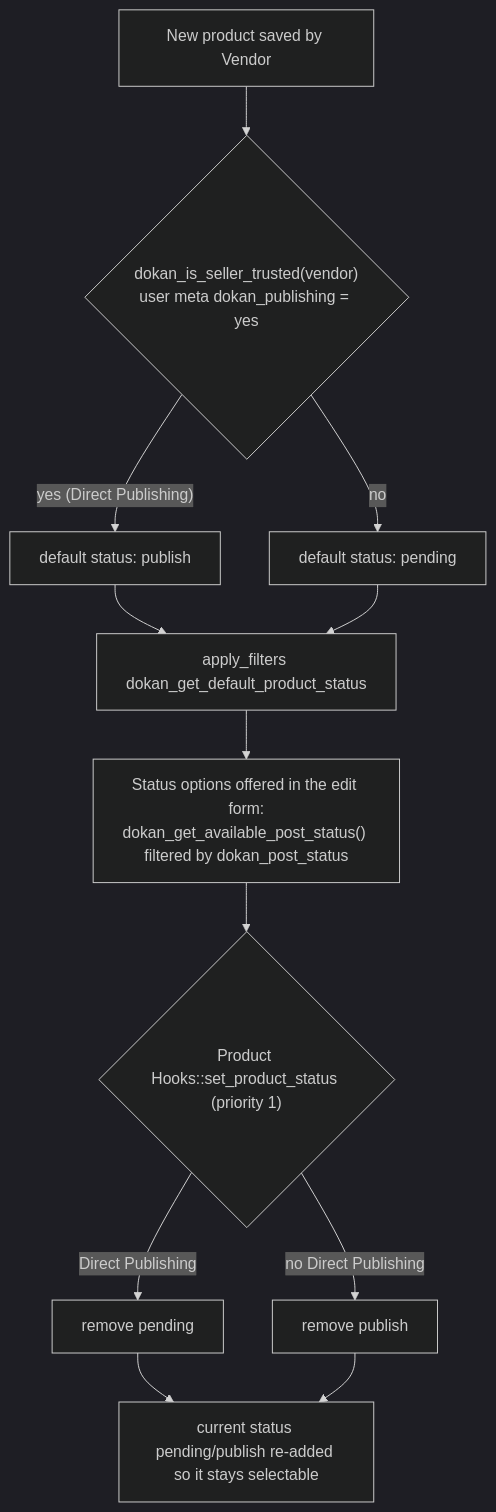
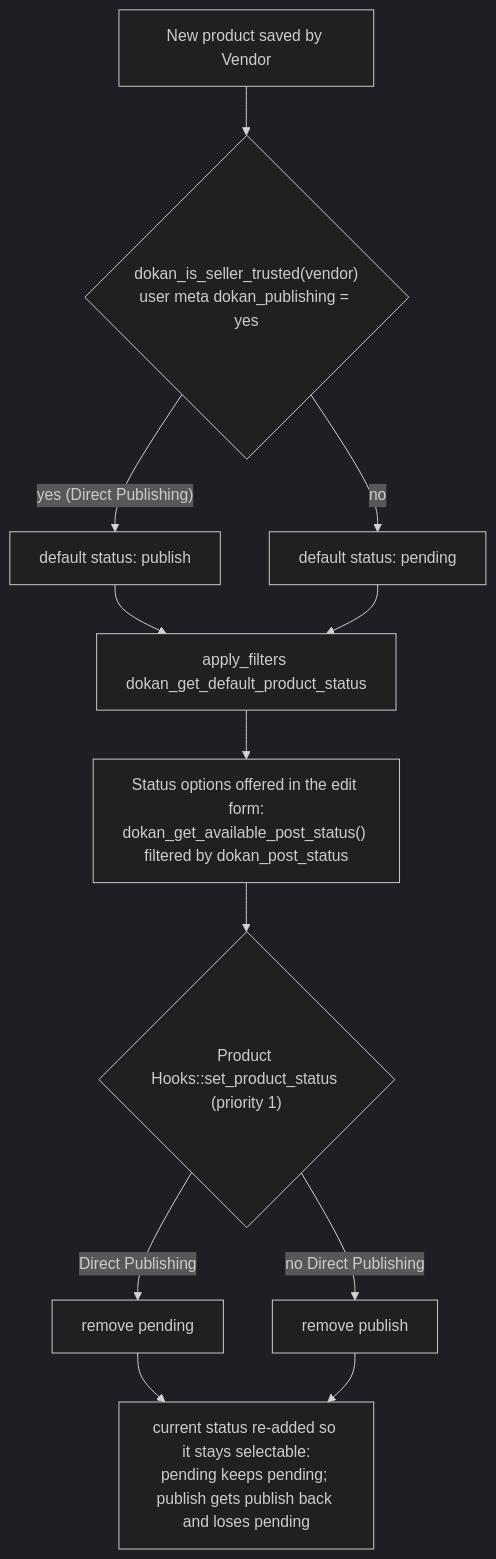
The third of 3 diagrams in docs/adr/reference/products.md (getdokan/dokan), drawn with Mermaid (dark theme) before and after one commit. The commit also changed other lines of this file and 84 other files, not shown here.

````diff
--- a/docs/adr/reference/products.md
+++ b/docs/adr/reference/products.md
@@ -174,14 +174,14 @@
 ```mermaid
 flowchart TD
     A["New product saved by Vendor"] --> B{"dokan_is_seller_trusted(vendor)<br/>user meta dokan_publishing = yes"}
     B -- "yes (Direct Publishing)" --> C["default status: publish"]
     B -- "no" --> D["default status: pending"]
     C --> F["apply_filters dokan_get_default_product_status"]
     D --> F
     F --> G["Status options offered in the edit form:<br/>dokan_get_available_post_status() filtered by dokan_post_status"]
     G --> H{"Product Hooks::set_product_status (priority 1)"}
     H -- "Direct Publishing" --> I["remove pending"]
     H -- "no Direct Publishing" --> J["remove publish"]
-    I --> K["current status pending/publish re-added so it stays selectable"]
+    I --> K["current status re-added so it stays selectable:<br/>pending keeps pending; publish gets publish back and loses pending"]
     J --> K
 ```
````
